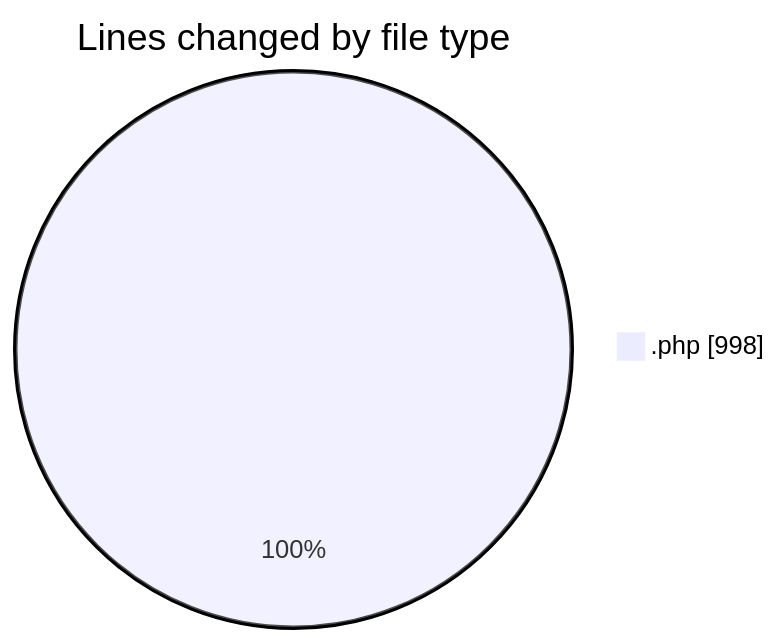
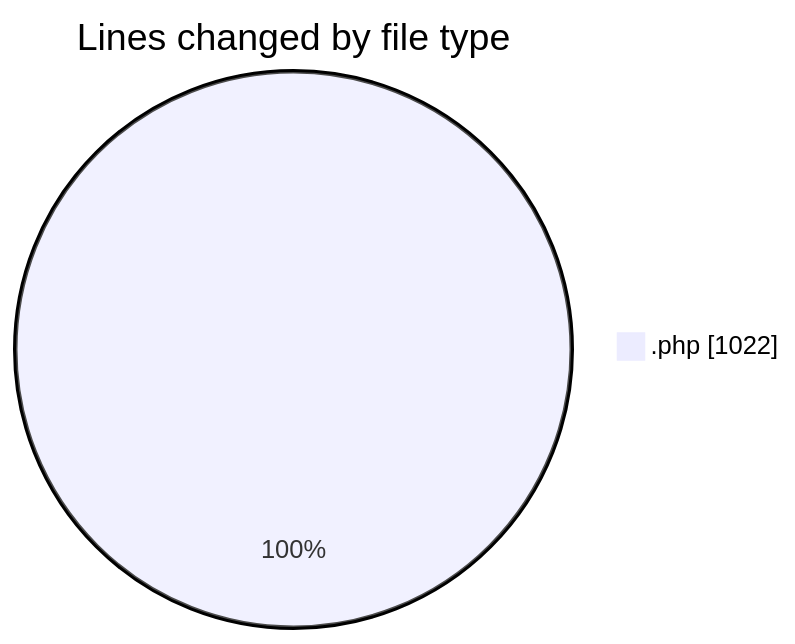
Before and after one commit to debugP/code-tracking: the first of 2 diagrams in 2026-09-16/untitled__workspace_/README.md, drawn with Mermaid. The commit also changed other lines of this file and 1 other file, not shown here.

````diff
--- a/2026-09-16/untitled__workspace_/README.md
+++ b/2026-09-16/untitled__workspace_/README.md
@@ -22,5 +22,5 @@
 ```mermaid
 pie showData
 title Lines changed by file type
-".php" : 998
+".php" : 1022
 ```
````
